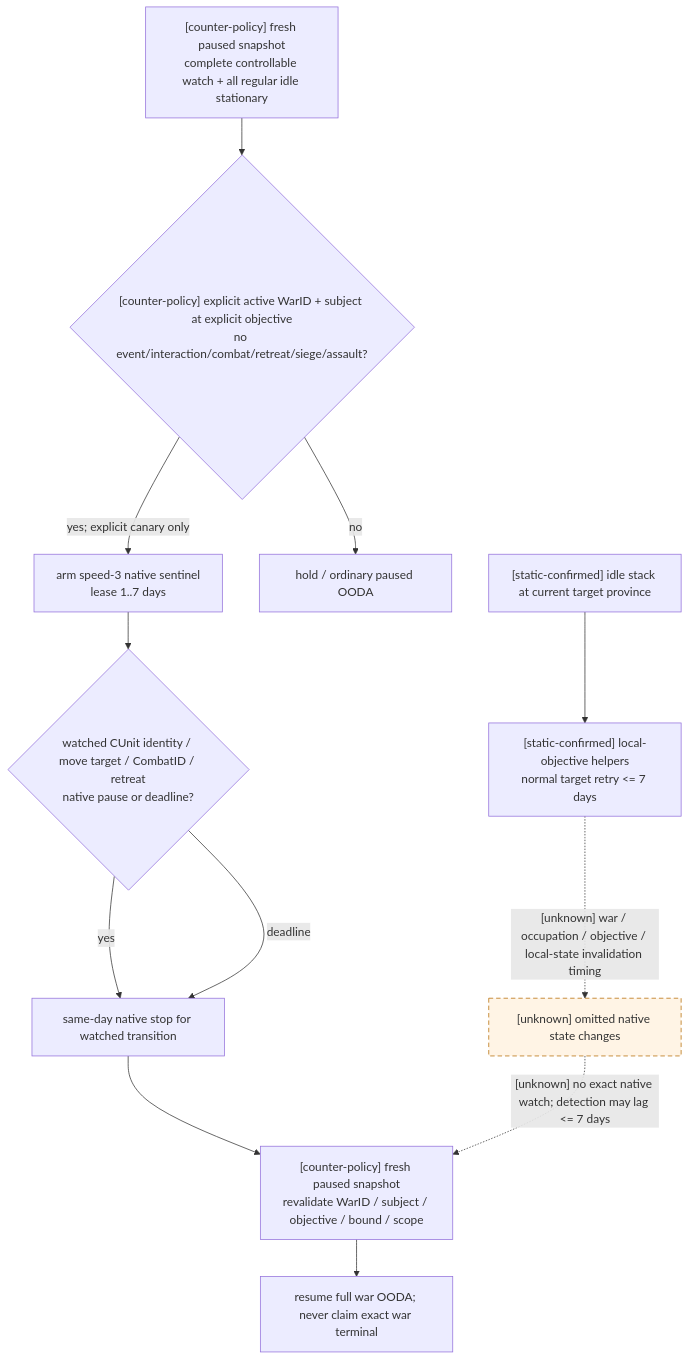
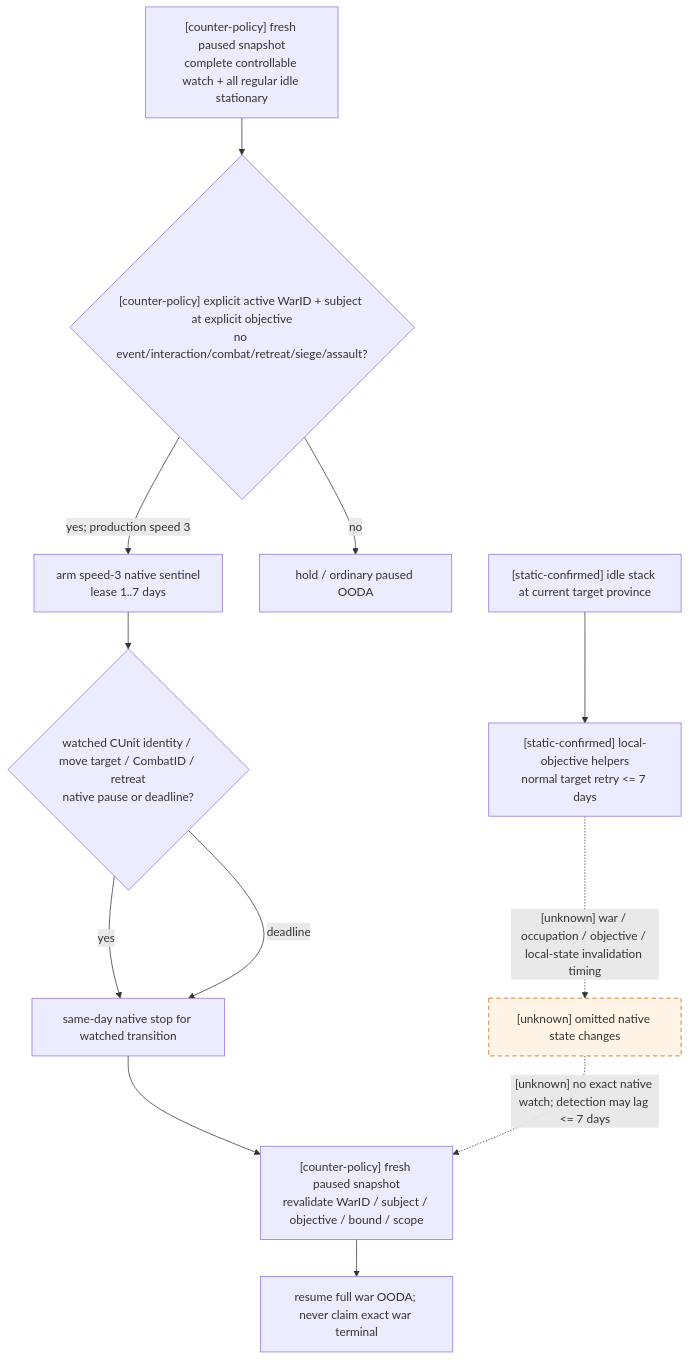
The tenth of 10 diagrams in docs/ck3-native-ai/army-controller.md (XenoAmess/ck3_eternal_recurrence), drawn with Mermaid before and after one commit. The commit also changed other lines of this file and 9 other files, not shown here.

````diff
--- a/docs/ck3-native-ai/army-controller.md
+++ b/docs/ck3-native-ai/army-controller.md
@@ -518,16 +528,16 @@
 ```mermaid
 flowchart TD
     I["[static-confirmed] idle stack at current target province"] --> T["[static-confirmed] local-objective helpers<br/>normal target retry <= 7 days"]
     T -. "[unknown] war / occupation / objective / local-state invalidation timing" .-> U["[unknown] omitted native state changes"]
     P["[counter-policy] fresh paused snapshot<br/>complete controllable watch + all regular idle stationary"] --> G{"[counter-policy] explicit active WarID + subject at explicit objective<br/>no event/interaction/combat/retreat/siege/assault?"}
     G -->|no| H["hold / ordinary paused OODA"]
-    G -->|yes; explicit canary only| A["arm speed-3 native sentinel<br/>lease 1..7 days"]
+    G -->|yes; production speed 3| A["arm speed-3 native sentinel<br/>lease 1..7 days"]
     A --> S{"watched CUnit identity / move target / CombatID / retreat<br/>native pause or deadline?"}
     S -->|yes| R["same-day native stop for watched transition"]
     S -->|deadline| R
     R --> F["[counter-policy] fresh paused snapshot<br/>revalidate WarID / subject / objective / bound / scope"]
     U -. "[unknown] no exact native watch; detection may lag <= 7 days" .-> F
     F --> O["resume full war OODA; never claim exact war terminal"]
     classDef unknown stroke-dasharray: 6 4,fill:#fff4e5,stroke:#b36b00;
     class U unknown;
 ```
````
